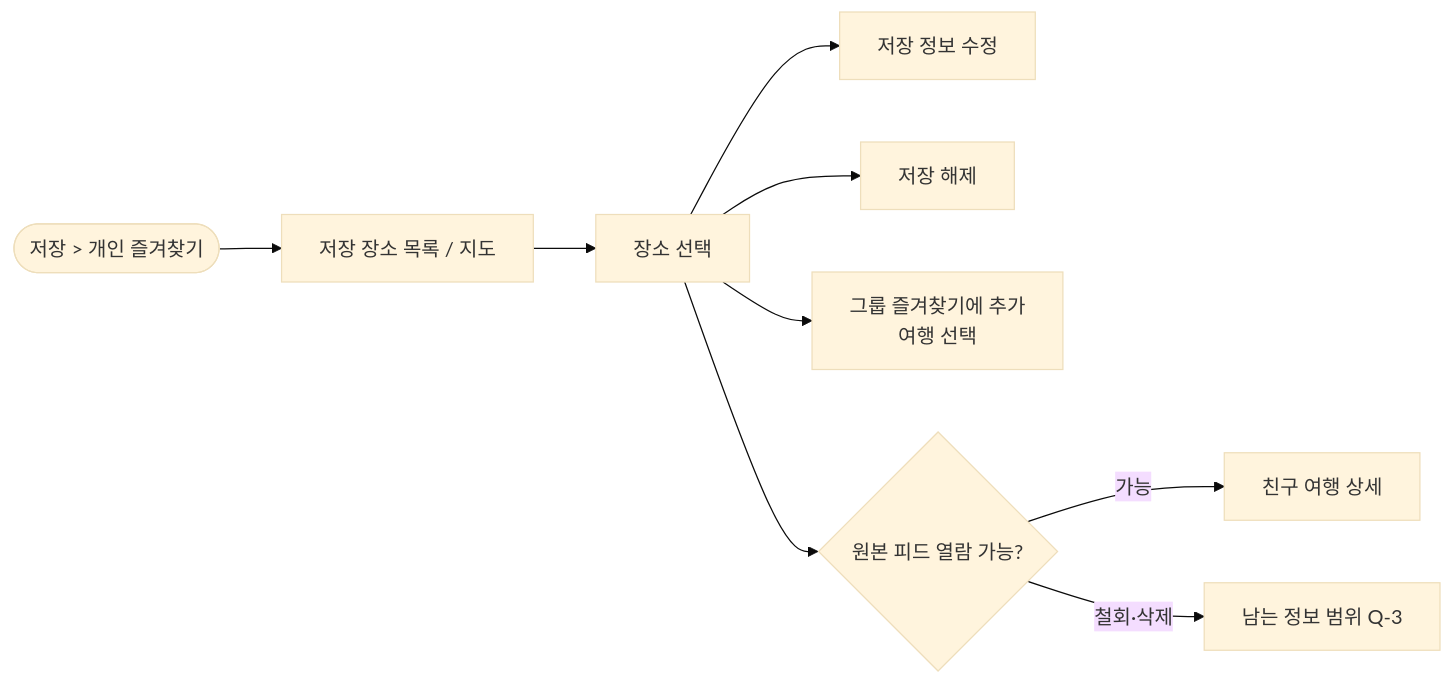
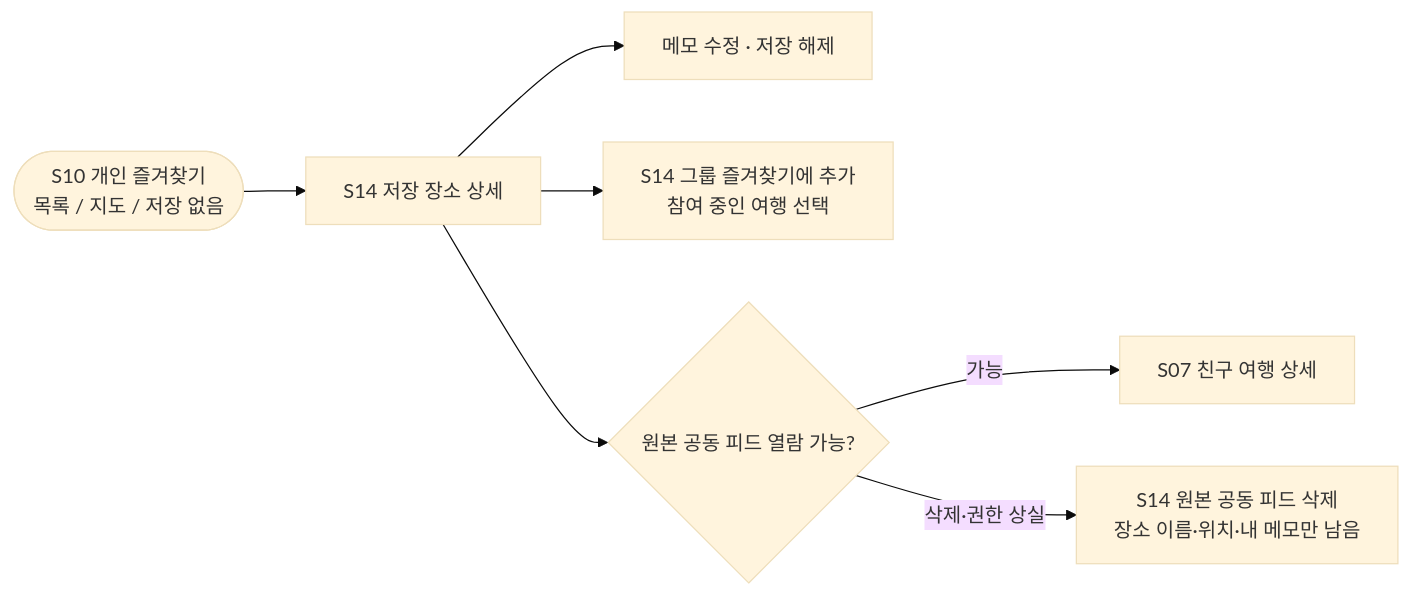
Before and after one commit to a204-eodilog/eodilog: the eighth of 24 diagrams in docs/flow/user-flow.md, drawn with Mermaid (base theme). The commit also changed other lines of this file, not shown here.

````diff
--- a/docs/flow/user-flow.md
+++ b/docs/flow/user-flow.md
@@ -201,11 +212,9 @@
 ```mermaid
 flowchart LR
-    PF(["저장 > 개인 즐겨찾기"]) --> LIST["저장 장소 목록 / 지도"]
-    LIST --> ITEM["장소 선택"]
-    ITEM --> MEMO["저장 정보 수정"]
-    ITEM --> DEL["저장 해제"]
-    ITEM --> ADD["그룹 즐겨찾기에 추가<br/>여행 선택"]
-    ITEM --> SRC{"원본 피드 열람 가능?"}
-    SRC -- "가능" --> DET["친구 여행 상세"]
-    SRC -- "철회·삭제" --> LIM["남는 정보 범위 Q-3"]
+    S10(["S10 개인 즐겨찾기<br/>목록 / 지도 / 저장 없음"]) --> S14["S14 저장 장소 상세"]
+    S14 --> MEMO["메모 수정 · 저장 해제"]
+    S14 --> ADD["S14 그룹 즐겨찾기에 추가<br/>참여 중인 여행 선택"]
+    S14 --> SRC{"원본 공동 피드 열람 가능?"}
+    SRC -- "가능" --> S07["S07 친구 여행 상세"]
+    SRC -- "삭제·권한 상실" --> LIM["S14 원본 공동 피드 삭제<br/>장소 이름·위치·내 메모만 남음"]
 ```
````
